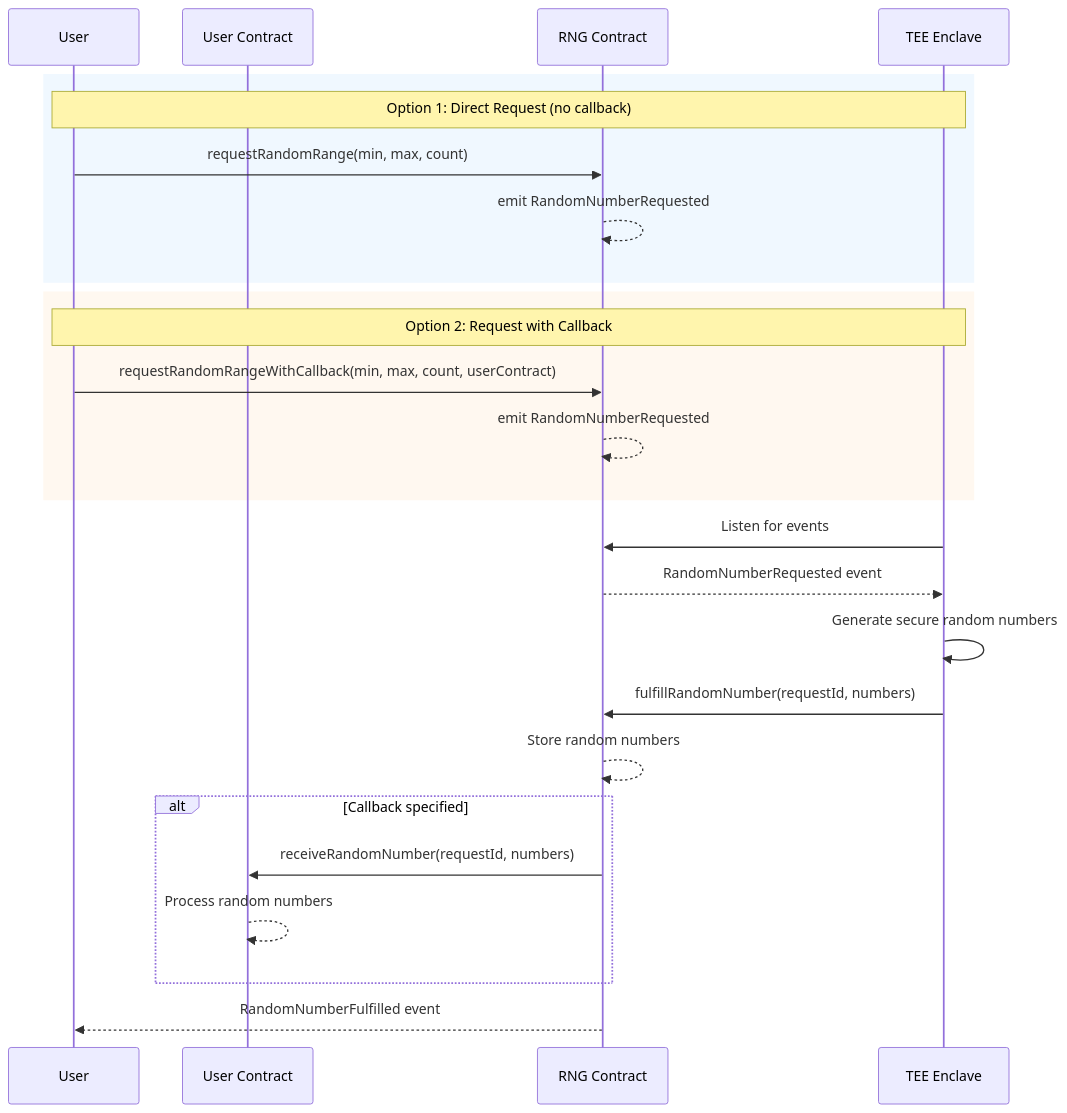
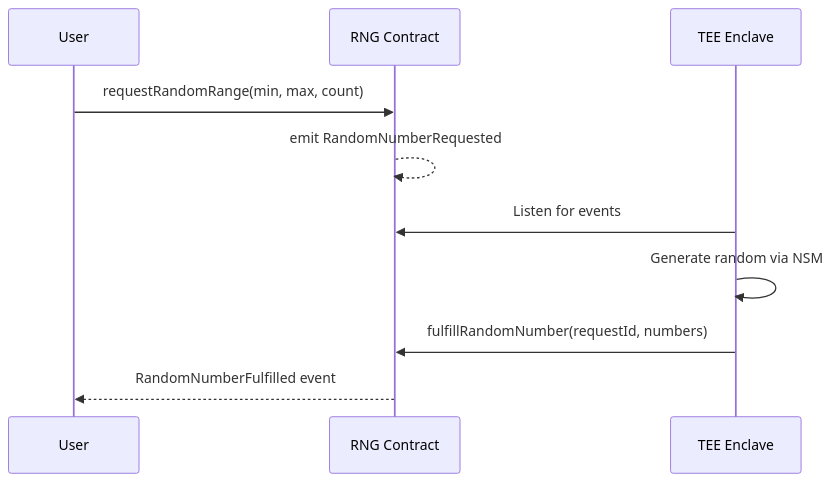
One commit to sparsity-xyz/sparsity-nova-examples changed the diagram in oracles/rng-oracle/README.md. Above: the diagram before and after it, drawn with Mermaid. The commit also changed other lines of this file and 2 other files, not shown here.

````diff
--- a/oracles/rng-oracle/README.md
+++ b/oracles/rng-oracle/README.md
@@ -15,32 +11,13 @@
 ```mermaid
 sequenceDiagram
     participant User
-    participant UserContract as User Contract
-    participant RNGContract as RNG Contract
+    participant RNG as RNG Contract
     participant Enclave as TEE Enclave
 
-    rect rgb(240, 248, 255)
-        Note over User,Enclave: Option 1: Direct Request (no callback)
-        User->>RNGContract: requestRandomRange(min, max, count)
-        RNGContract-->>RNGContract: emit RandomNumberRequested
-    end
-
-    rect rgb(255, 248, 240)
-        Note over User,Enclave: Option 2: Request with Callback
-        User->>RNGContract: requestRandomRangeWithCallback(min, max, count, userContract)
-        RNGContract-->>RNGContract: emit RandomNumberRequested
-    end
-
-    Enclave->>RNGContract: Listen for events
-    RNGContract-->>Enclave: RandomNumberRequested event
-    Enclave->>Enclave: Generate secure random numbers
-    Enclave->>RNGContract: fulfillRandomNumber(requestId, numbers)
-    RNGContract-->>RNGContract: Store random numbers
-
-    alt Callback specified
-        RNGContract->>UserContract: receiveRandomNumber(requestId, numbers)
-        UserContract-->>UserContract: Process random numbers
-    end
-
-    RNGContract-->>User: RandomNumberFulfilled event
+    User->>RNG: requestRandomRange(min, max, count)
+    RNG-->>RNG: emit RandomNumberRequested
+    Enclave->>RNG: Listen for events
+    Enclave->>Enclave: Generate random via NSM
+    Enclave->>RNG: fulfillRandomNumber(requestId, numbers)
+    RNG-->>User: RandomNumberFulfilled event
 ```
````
